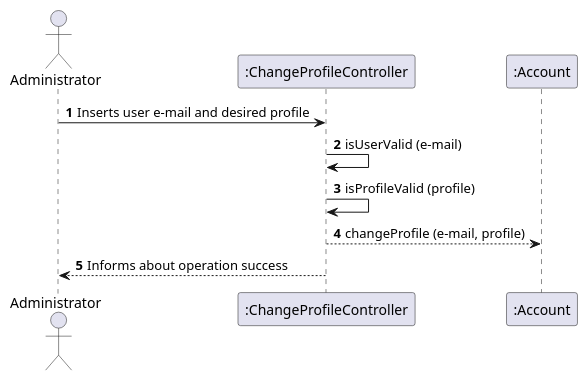
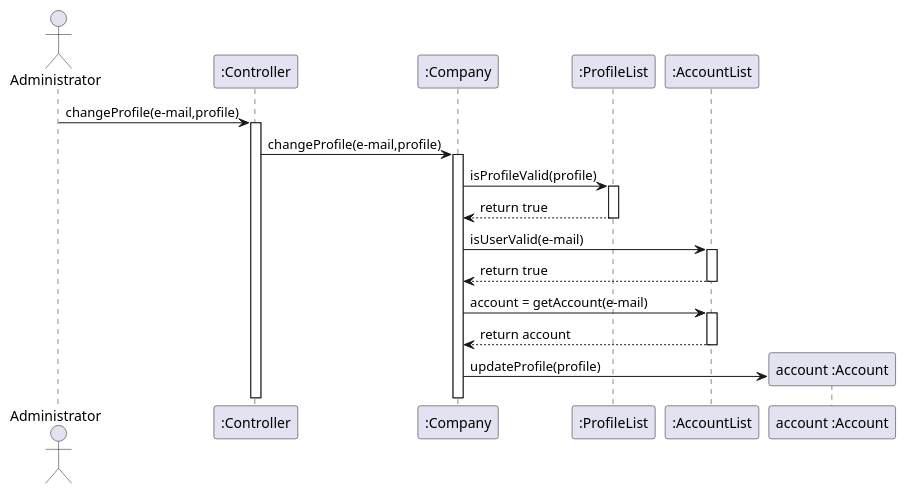
One commit to Loracline/project_switch_22-23 changed the diagram in docs/modelling_design/user_stories/us003/US003_Sequence_Diagram.puml. Above: the diagram before and after it, drawn with PlantUML.

Commit message:
US003 : Design : Updated Sequence Diagram (Use Case: TO CHANGE PROFILE).

```diff
--- a/docs/modelling_design/user_stories/us003/US003_Sequence_Diagram.puml
+++ b/docs/modelling_design/user_stories/us003/US003_Sequence_Diagram.puml
@@ -2,18 +2,38 @@
 @startuml
 'https://plantuml.com/sequence-diagram
-autonumber
+/'autonumber'/
 actor Administrator
-participant ":ChangeProfileController" as Controller
-participant ":Account" as account
-
-Administrator -> Controller: Inserts user e-mail and desired profile
+participant ":Controller" as Controller
+participant ":Company" as company
+participant ":ProfileList" as profileList
+participant ":AccountList" as userList
+participant "account :Account" as account
 
 
-Controller -> Controller: isUserValid (e-mail)
+Administrator -> Controller: changeProfile(e-mail,profile)
+activate Controller
+Controller -> company: changeProfile(e-mail,profile)
+activate company
+company -> profileList: isProfileValid(profile)
+activate profileList
+profileList --> company: return true
+deactivate profileList
+company -> userList: isUserValid(e-mail)
+activate userList
+userList --> company: return true
+deactivate userList
+company -> userList: account = getAccount(e-mail)
+activate userList
+userList --> company: return account
+deactivate userList
+
+create account
+company -> account: updateProfile(profile)
+
+/'Controller -> Controller: isUserValid (e-mail)
 Controller -> Controller: isProfileValid (profile)
 
-Controller --> account: changeProfile (e-mail, profile)
+Controller --> account: changeProfile (e-mail, profile)'/
 
 
- Controller --> Administrator: Informs about operation success
 @enduml
```
